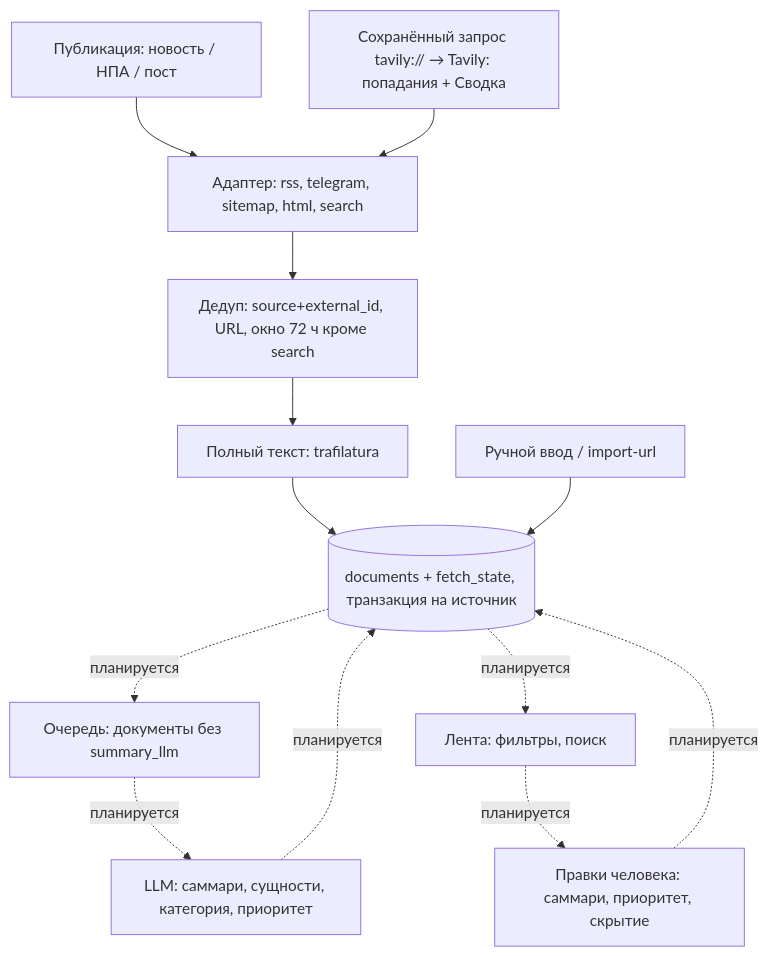
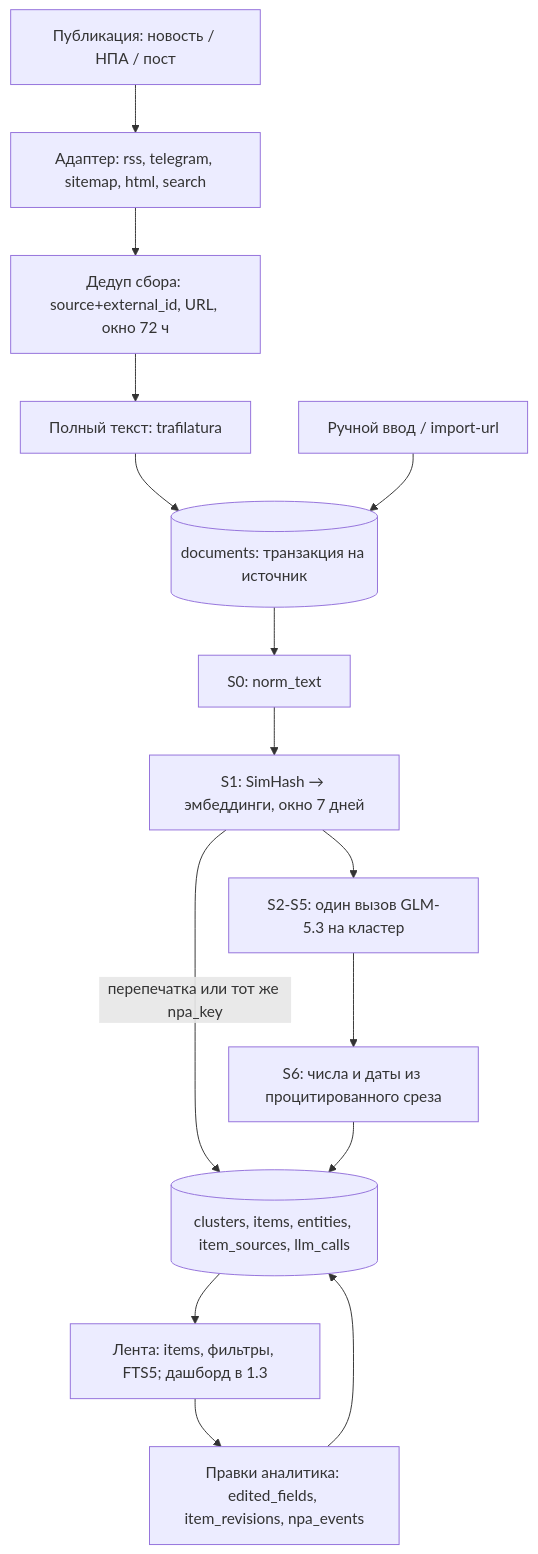
One commit to youngwow/ai-analytics-hub changed the second of 2 diagrams in docs/architecture.md. Above: the diagram before and after it, drawn with Mermaid. The commit also changed other lines of this file and 32 other files, not shown here.

````diff
--- a/docs/architecture.md
+++ b/docs/architecture.md
@@ -53,15 +55,17 @@
 ```mermaid
 flowchart TD
     S[Публикация: новость / НПА / пост] --> AD[Адаптер: rss, telegram, sitemap, html, search]
-    SQ[Сохранённый запрос tavily:// → Tavily: попадания + Сводка] --> AD
-    AD --> DD[Дедуп: source+external_id, URL, окно 72 ч кроме search]
-    DD --> FT[Полный текст: trafilatura]
-    FT --> ST[(documents + fetch_state, транзакция на источник)]
+    AD --> DD1[Дедуп сбора: source+external_id, URL, окно 72 ч]
+    DD1 --> FT[Полный текст: trafilatura]
+    FT --> ST[(documents: транзакция на источник)]
     M[Ручной ввод / import-url] --> ST
-    ST -. планируется .-> Q[Очередь: документы без summary_llm]
-    Q -. планируется .-> LLM[LLM: саммари, сущности, категория, приоритет]
-    LLM -. планируется .-> ST
-    ST -. планируется .-> FEED[Лента: фильтры, поиск]
-    FEED -. планируется .-> EDIT[Правки человека: саммари, приоритет, скрытие]
-    EDIT -. планируется .-> ST
+    ST --> N[S0: norm_text]
+    N --> DD2[S1: SimHash → эмбеддинги, окно 7 дней]
+    DD2 -->|перепечатка или тот же npa_key| IT
+    DD2 --> LLM[S2-S5: один вызов GLM-5.3 на кластер]
+    LLM --> G[S6: числа и даты из процитированного среза]
+    G --> IT[(clusters, items, entities, item_sources, llm_calls)]
+    IT --> FEED[Лента: items, фильтры, FTS5; дашборд в 1.3]
+    FEED --> EDIT[Правки аналитика: edited_fields, item_revisions, npa_events]
+    EDIT --> IT
 ```
````
